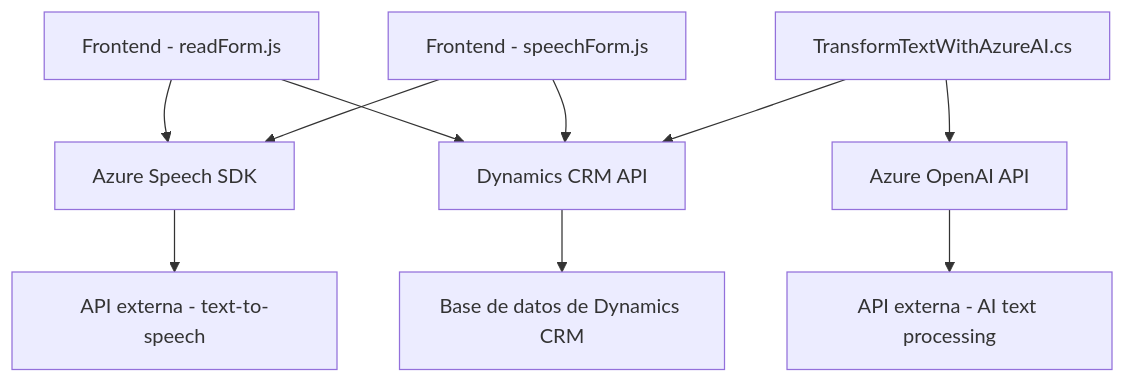
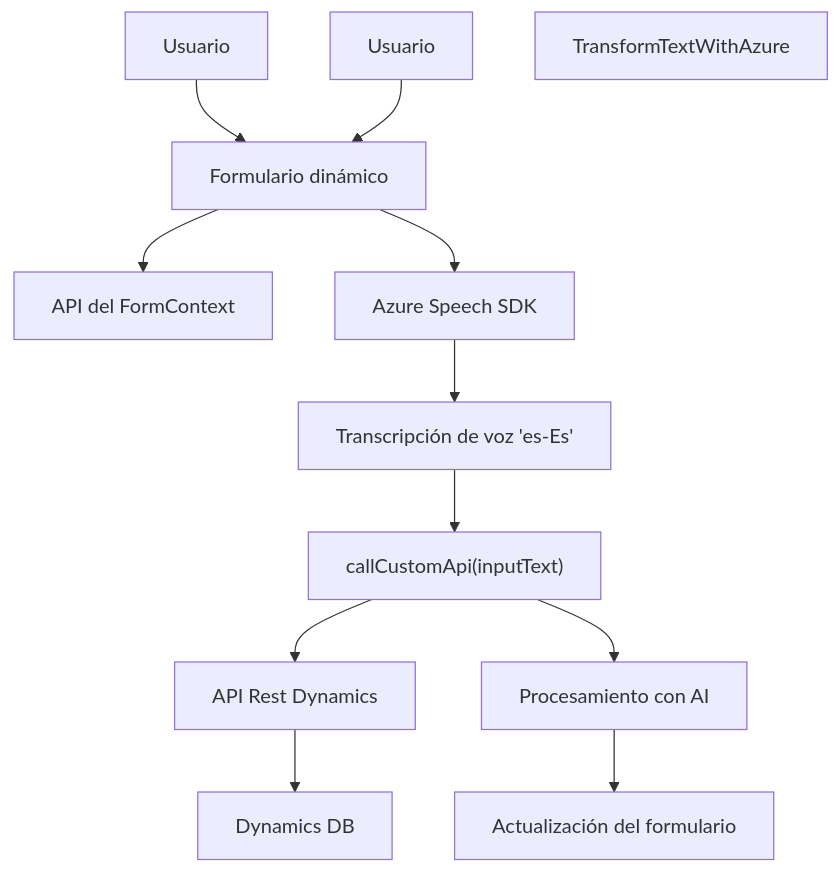
Before and after one commit to blopezdm/NETCORE_BILBAO2025: the diagram in README.md, drawn with Mermaid. The commit also changed other lines of this file, not shown here.

Commit message:
Actualizar análisis global de la solución con IA

````diff
--- a/README.md
+++ b/README.md
@@ -41,12 +28,15 @@
 ```mermaid
 graph TD
-    A["Frontend - readForm.js"] --> B["Azure Speech SDK"]
-    A --> C["Dynamics CRM API"]
-    D["Frontend - speechForm.js"] --> B
-    D --> C
-    E["TransformTextWithAzureAI.cs"] --> F["Azure OpenAI API"]
-    E --> C
-    B --> G["API externa - text-to-speech"]
-    F --> H["API externa - AI text processing"]
-    C --> I["Base de datos de Dynamics CRM"]
+    A["Usuario"] --> B["Formulario dinámico"]
+    B --> C["API del FormContext"]
+    B --> D["Azure Speech SDK"]
+    D --> E["Transcripción de voz 'es-Es'"]
+    E --> F["callCustomApi(inputText)"]
+    F --> G["API Rest Dynamics"]
+    F --> H["Procesamiento con AI"]
+    H --> I["Actualización del formulario"]
+    G --> J["Dynamics DB"]
+
+    Usuario --> B
+    plugin["TransformTextWithAzure"]
 ```
````
